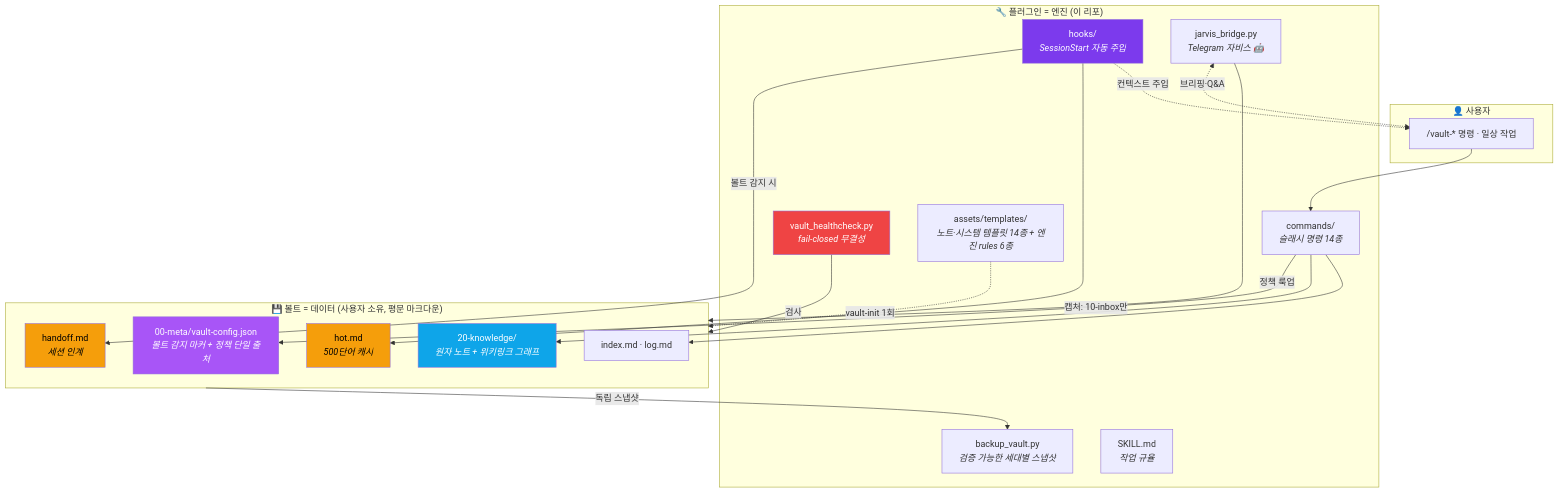
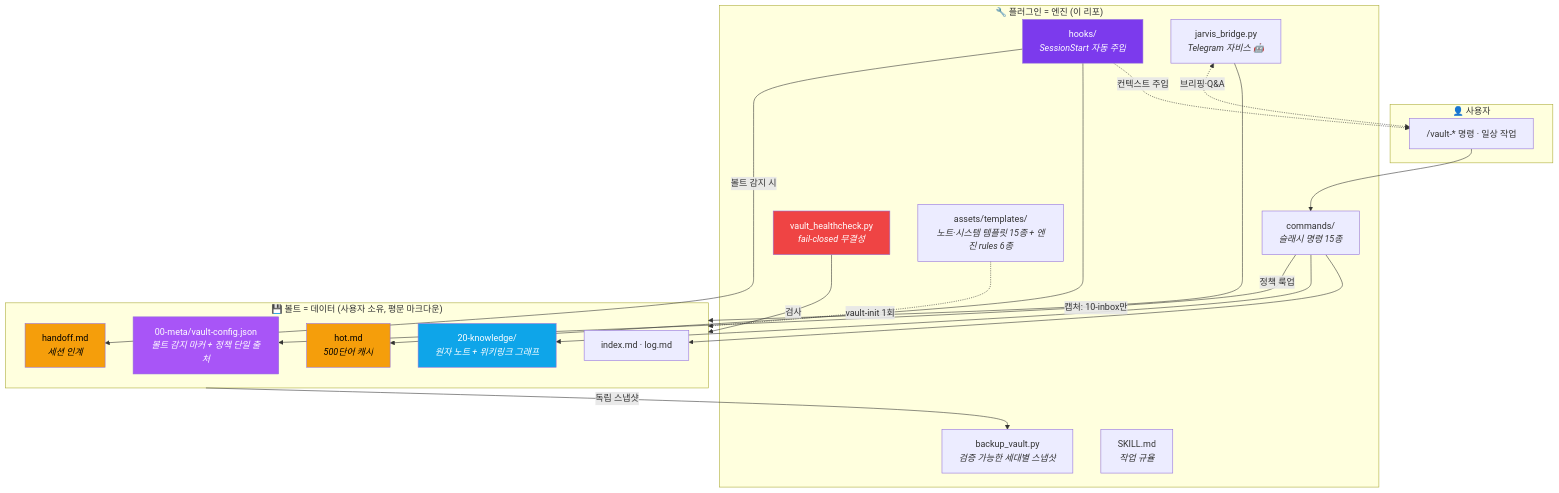
One commit to Technoetic/agentic-vault changed the second of 5 diagrams in README.md. Above: the diagram before and after it, drawn with Mermaid. The commit also changed other lines of this file and 30 other files, not shown here.

````diff
--- a/README.md
+++ b/README.md
@@ -196,44 +203,44 @@
 ```mermaid
 flowchart TB
     subgraph user["👤 사용자"]
         U["/vault-* 명령 · 일상 작업"]
     end
 
     subgraph plugin["🔧 플러그인 = 엔진 (이 리포)"]
-        CMD["commands/<br/><i>슬래시 명령 14종</i>"]
+        CMD["commands/<br/><i>슬래시 명령 15종</i>"]
         HOOK["hooks/<br/><i>SessionStart 자동 주입</i>"]
         HC["vault_healthcheck.py<br/><i>fail-closed 무결성</i>"]
         BK["backup_vault.py<br/><i>검증 가능한 세대별 스냅샷</i>"]
         JB["jarvis_bridge.py<br/><i>Telegram 자비스 🤖</i>"]
-        TPL["assets/templates/<br/><i>노트·시스템 템플릿 14종 + 엔진 rules 6종</i>"]
+        TPL["assets/templates/<br/><i>노트·시스템 템플릿 15종 + 엔진 rules 6종</i>"]
         SK["SKILL.md<br/><i>작업 규율</i>"]
     end
 
     subgraph vault["💾 볼트 = 데이터 (사용자 소유, 평문 마크다운)"]
         CFG["00-meta/vault-config.json<br/><i>볼트 감지 마커 + 정책 단일 출처</i>"]
         HOT["hot.md<br/><i>500단어 캐시</i>"]
         HND["handoff.md<br/><i>세션 인계</i>"]
         IDX["index.md · log.md"]
         KNW["20-knowledge/<br/><i>원자 노트 + 위키링크 그래프</i>"]
     end
 
     U --> CMD
     TPL -.vault-init 1회.-> vault
     CMD -->|정책 룩업| CFG
     CMD --> KNW
     CMD --> IDX
     HOOK -->|볼트 감지 시| HND
     HOOK --> HOT
     HOOK -.컨텍스트 주입.-> U
     HC -->|검사| vault
     vault -->|독립 스냅샷| BK
     JB -->|캡처: 10-inbox만| vault
     JB <-.->|브리핑·Q&A| U
 
     style CFG fill:#A855F7,color:#fff
     style HOOK fill:#7C3AED,color:#fff
     style HC fill:#EF4444,color:#fff
     style HOT fill:#F59E0B,color:#000
     style HND fill:#F59E0B,color:#000
     style KNW fill:#0EA5E9,color:#fff
 ```
````
